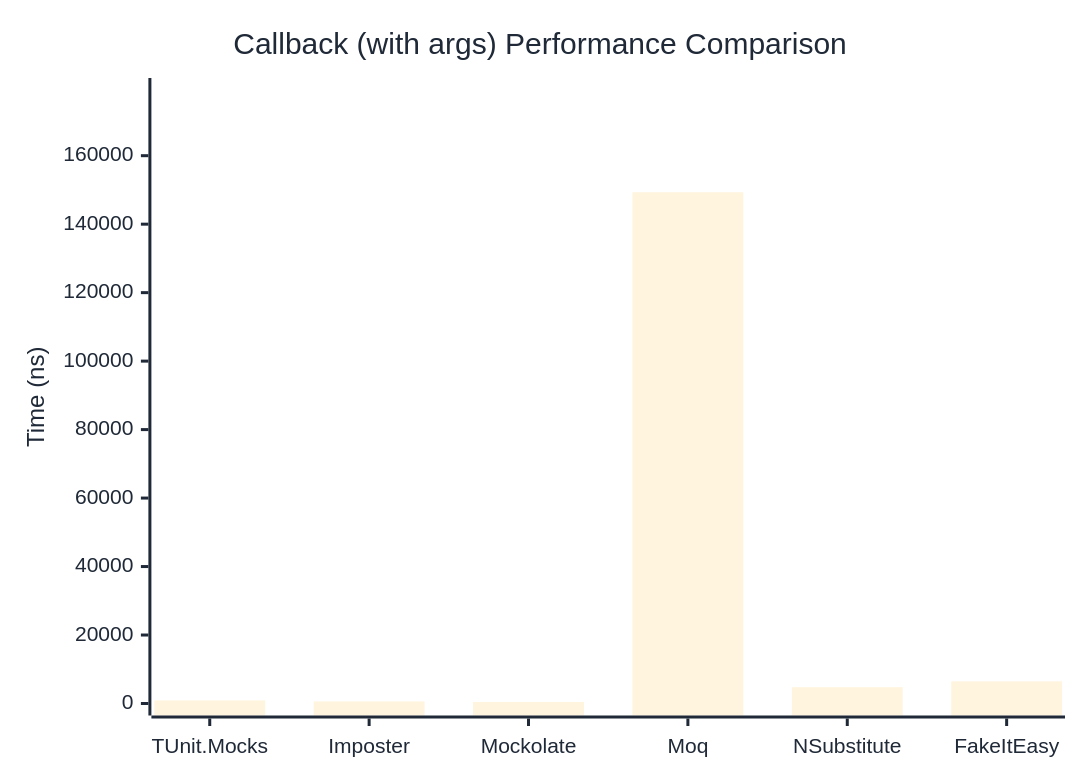
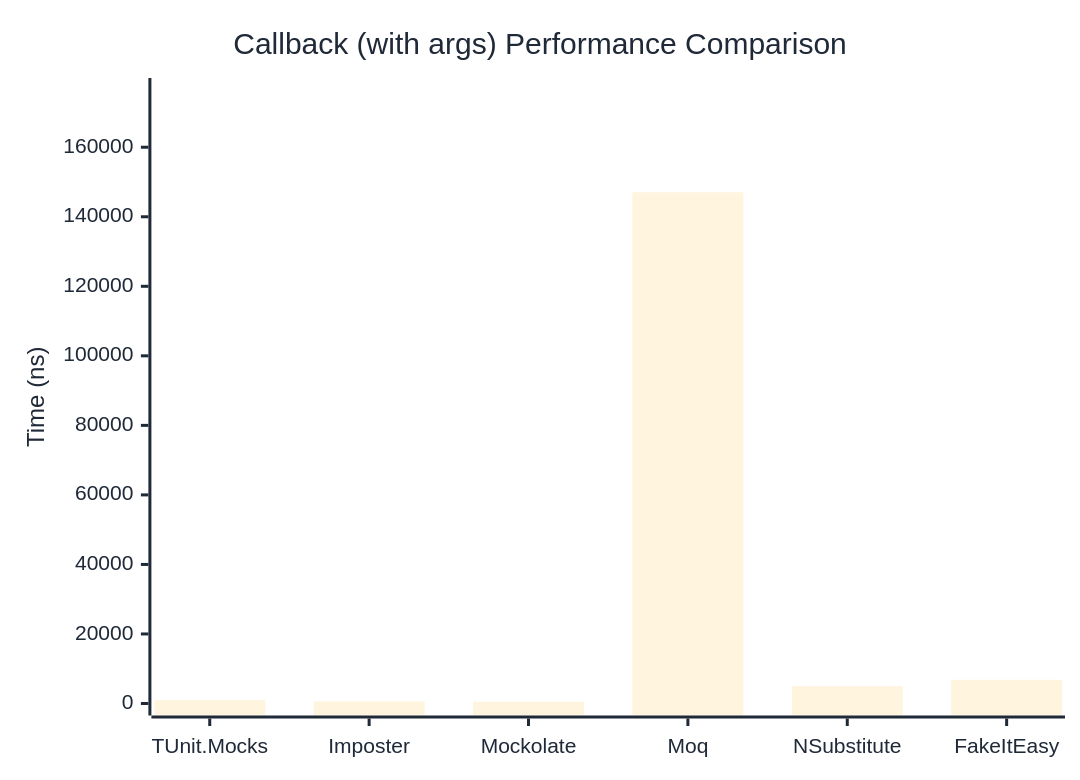
Before and after one commit to thomhurst/TUnit: the second of 2 diagrams in docs/docs/benchmarks/mocks/Callback.md, drawn with Mermaid. The commit also changed other lines of this file and 14 other files, not shown here.

````diff
--- a/docs/docs/benchmarks/mocks/Callback.md
+++ b/docs/docs/benchmarks/mocks/Callback.md
@@ -71,27 +71,27 @@
 ```mermaid
 %%{init: {
   'theme':'base',
   'themeVariables': {
     'primaryColor': '#2563eb',
     'primaryTextColor': '#1f2937',
     'primaryBorderColor': '#1e40af',
     'lineColor': '#6b7280',
     'secondaryColor': '#7c3aed',
     'tertiaryColor': '#dc2626',
     'background': '#ffffff',
     'pie1': '#2563eb',
     'pie2': '#7c3aed',
     'pie3': '#dc2626',
     'pie4': '#f59e0b',
     'pie5': '#10b981',
     'pie6': '#06b6d4',
     'pie7': '#ec4899',
     'pie8': '#6366f1'
   }
 }}%%
 xychart-beta
   title "Callback (with args) Performance Comparison"
   x-axis ["TUnit.Mocks", "Imposter", "Mockolate", "Moq", "NSubstitute", "FakeItEasy"]
-  y-axis "Time (ns)" 0 --> 179187
-  bar [898.5, 599.3, 455.7, 149322, 4764.6, 6468.4]
+  y-axis "Time (ns)" 0 --> 176463
+  bar [962.7, 645.7, 503.2, 147052.5, 4989.9, 6818.3]
 ```
````
